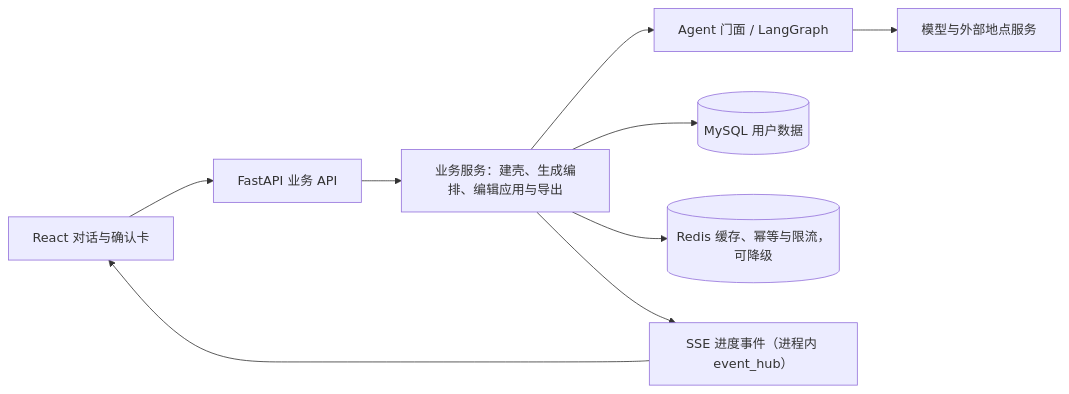
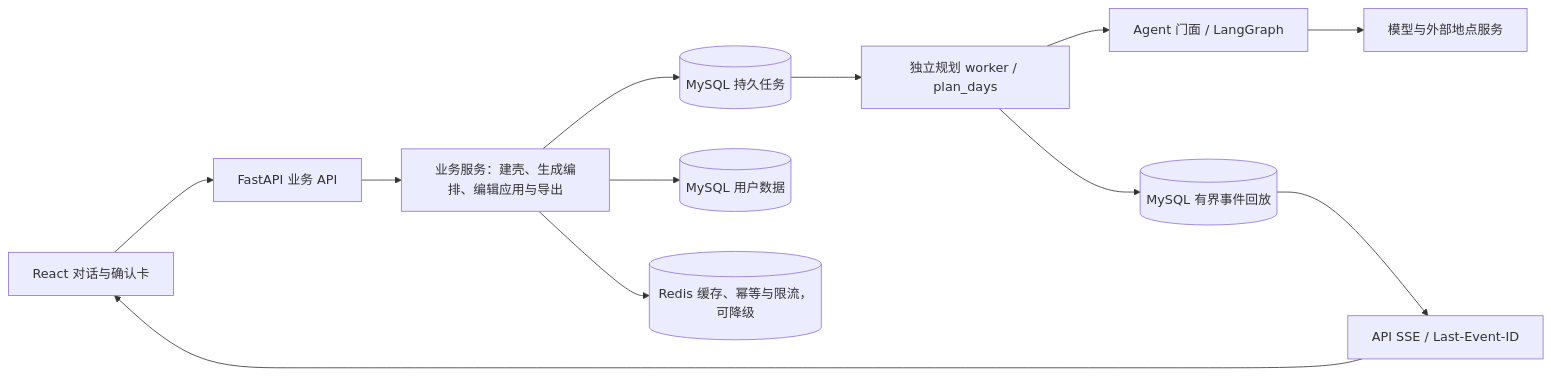
Before and after one commit to wabcyyyy/Sinan: the diagram in docs/public/architecture.md, drawn with Mermaid. The commit also changed other lines of this file and 58 other files, not shown here.

Commit message:
Run planning through durable MySQL worker and shared SSE replay

````diff
--- a/docs/public/architecture.md
+++ b/docs/public/architecture.md
@@ -5,11 +5,14 @@
 ```mermaid
 flowchart LR
   UI[React 对话与确认卡] --> API[FastAPI 业务 API]
   API --> S[业务服务：建壳、生成编排、编辑应用与导出]
-  S --> A[Agent 门面 / LangGraph]
+  S --> Q[(MySQL 持久任务)]
+  Q --> W[独立规划 worker / plan_days]
+  W --> A[Agent 门面 / LangGraph]
   A --> L[模型与外部地点服务]
   S --> DB[(MySQL 用户数据)]
   S --> R[(Redis 缓存、幂等与限流，可降级)]
-  S --> SSE[SSE 进度事件（进程内 event_hub）]
+  W --> E[(MySQL 有界事件回放)]
+  E --> SSE[API SSE / Last-Event-ID]
   SSE --> UI
 ```
````
